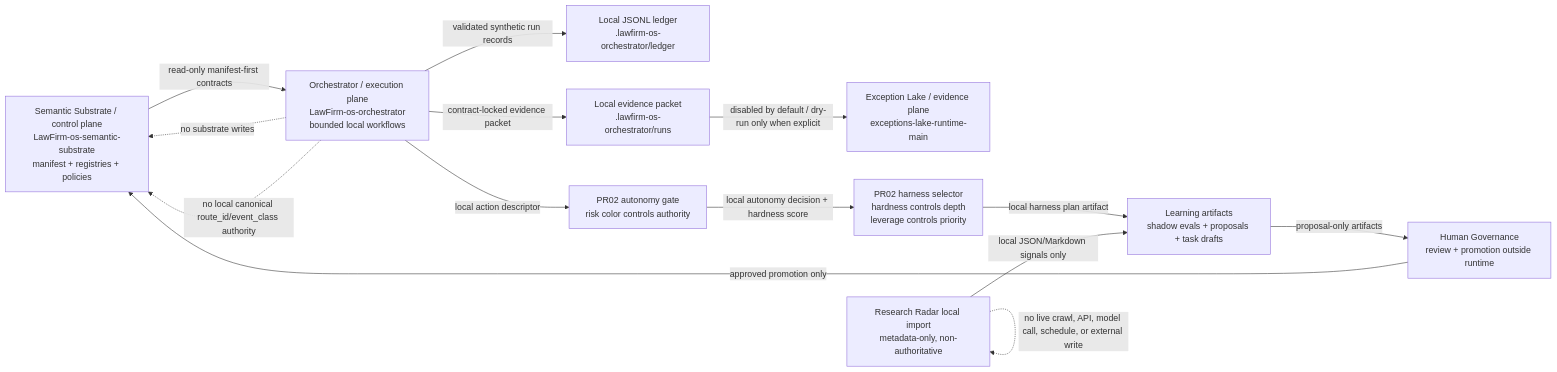
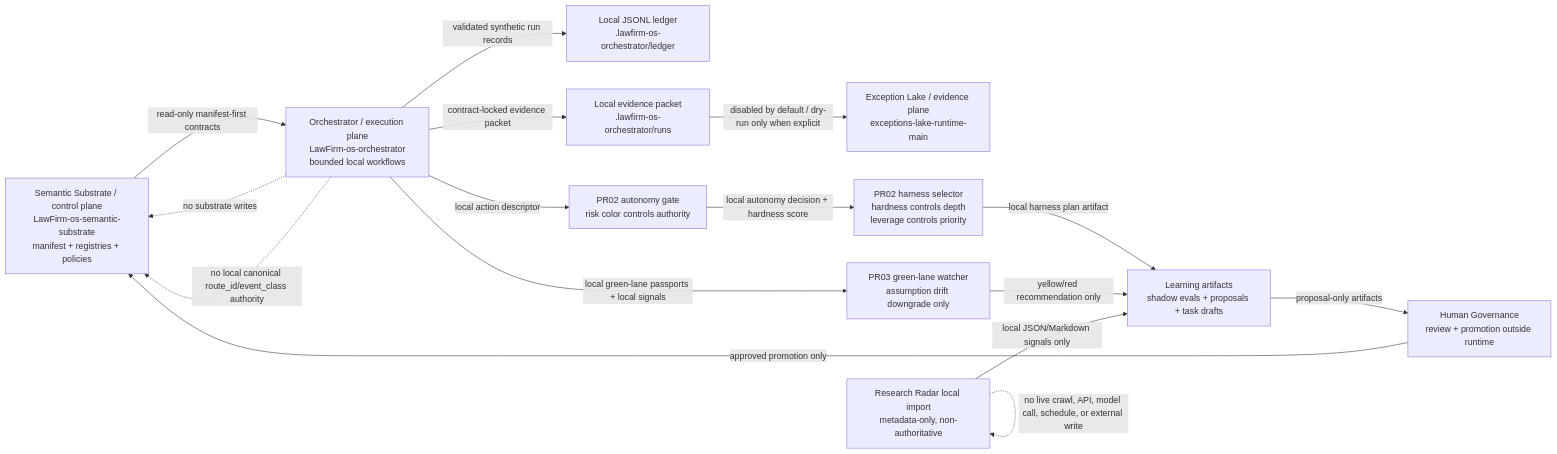
One commit to lowelltwong-alt/LawFirm-os-orchestrator changed the first of 2 diagrams in DATA_FLOW_MAP.md. Above: the diagram before and after it, drawn with Mermaid. The commit also changed other lines of this file and 17 other files, not shown here.

Commit message:
feat: add green lane assumption watcher

````diff
--- a/DATA_FLOW_MAP.md
+++ b/DATA_FLOW_MAP.md
@@ -26,28 +26,31 @@
 ```mermaid
 flowchart LR
     SS["Semantic Substrate / control plane\nLawFirm-os-semantic-substrate\nmanifest + registries + policies"]
     OR["Orchestrator / execution plane\nLawFirm-os-orchestrator\nbounded local workflows"]
     LED["Local JSONL ledger\n.lawfirm-os-orchestrator/ledger"]
     PKT["Local evidence packet\n.lawfirm-os-orchestrator/runs"]
     EL["Exception Lake / evidence plane\nexceptions-lake-runtime-main"]
     HUM["Human Governance\nreview + promotion outside runtime"]
     RR["Research Radar local import\nmetadata-only, non-authoritative"]
     LEARN["Learning artifacts\nshadow evals + proposals + task drafts"]
     AUTO["PR02 autonomy gate\nrisk color controls authority"]
     HAR["PR02 harness selector\nhardness controls depth\nleverage controls priority"]
+    WATCH["PR03 green-lane watcher\nassumption drift downgrade only"]
 
     SS -->|"read-only manifest-first contracts"| OR
     OR -->|"validated synthetic run records"| LED
     OR -->|"contract-locked evidence packet"| PKT
     OR -->|"local action descriptor"| AUTO
     AUTO -->|"local autonomy decision + hardness score"| HAR
     HAR -->|"local harness plan artifact"| LEARN
+    OR -->|"local green-lane passports + local signals"| WATCH
+    WATCH -->|"yellow/red recommendation only"| LEARN
     PKT -->|"disabled by default / dry-run only when explicit"| EL
     RR -->|"local JSON/Markdown signals only"| LEARN
     LEARN -->|"proposal-only artifacts"| HUM
     HUM -->|"approved promotion only"| SS
 
     OR -. "no substrate writes" .-> SS
     OR -. "no local canonical route_id/event_class authority" .-> SS
     RR -. "no live crawl, API, model call, schedule, or external write" .-> RR
 ```
````
